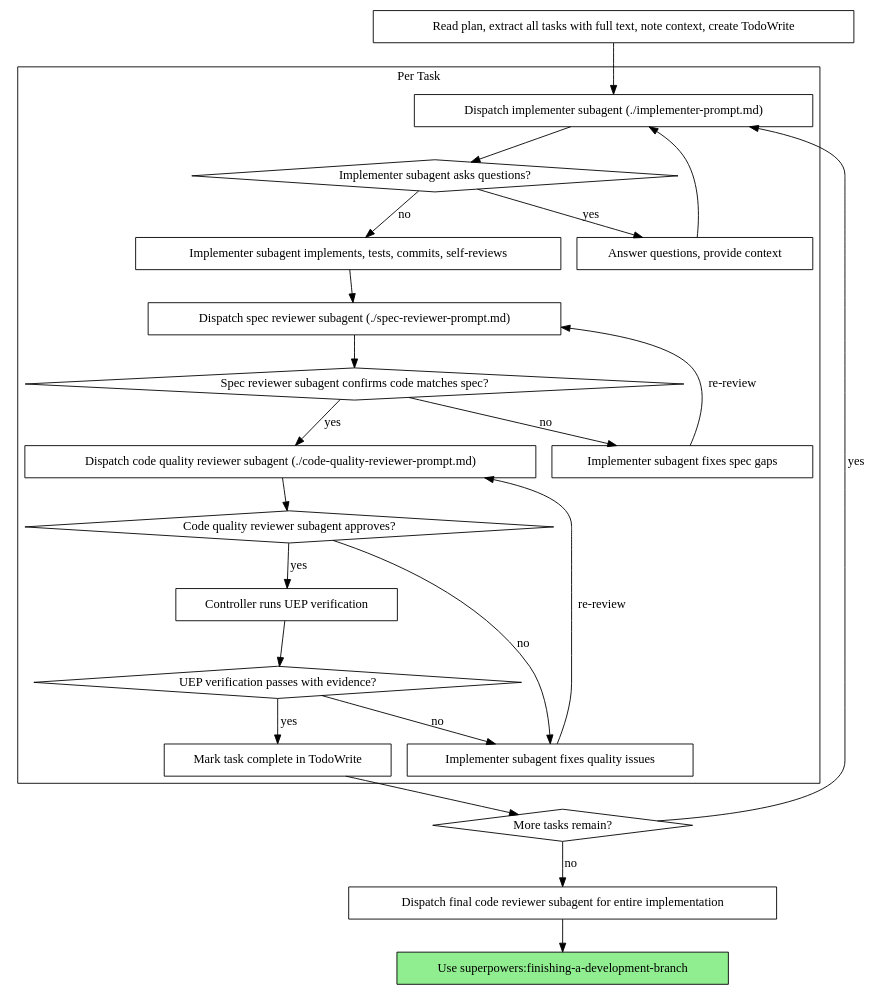
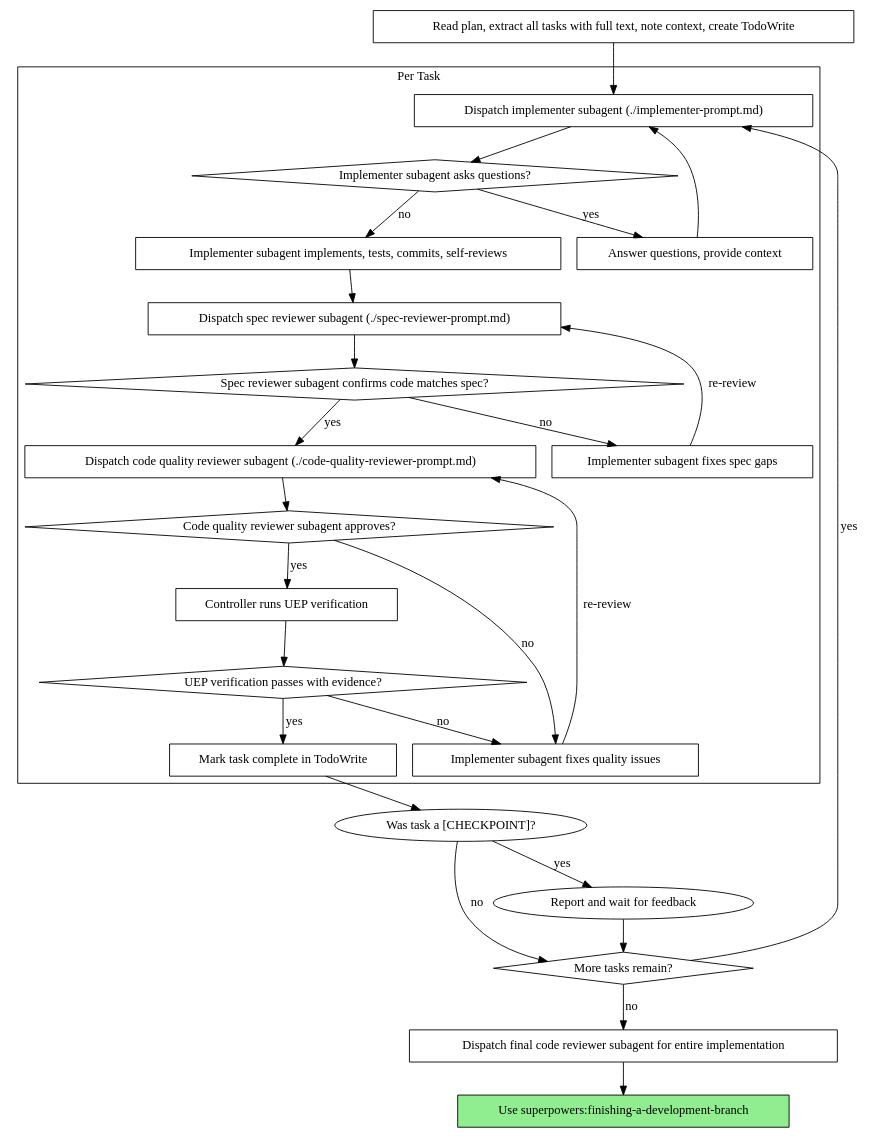
One commit to Ilios-LLC/blooperpowers changed the second of 2 diagrams in skills/subagent-driven-development/SKILL.md. Above: the diagram before and after it, drawn with Graphviz. The commit also changed other lines of this file and 3 other files, not shown here.

````diff
--- a/skills/subagent-driven-development/SKILL.md
+++ b/skills/subagent-driven-development/SKILL.md
@@ -40,49 +40,52 @@
 ```dot
 digraph process {
     rankdir=TB;
 
     subgraph cluster_per_task {
         label="Per Task";
         "Dispatch implementer subagent (./implementer-prompt.md)" [shape=box];
         "Implementer subagent asks questions?" [shape=diamond];
         "Answer questions, provide context" [shape=box];
         "Implementer subagent implements, tests, commits, self-reviews" [shape=box];
         "Dispatch spec reviewer subagent (./spec-reviewer-prompt.md)" [shape=box];
         "Spec reviewer subagent confirms code matches spec?" [shape=diamond];
         "Implementer subagent fixes spec gaps" [shape=box];
         "Dispatch code quality reviewer subagent (./code-quality-reviewer-prompt.md)" [shape=box];
         "Code quality reviewer subagent approves?" [shape=diamond];
         "Implementer subagent fixes quality issues" [shape=box];
         "Controller runs UEP verification" [shape=box];
         "UEP verification passes with evidence?" [shape=diamond];
         "Mark task complete in TodoWrite" [shape=box];
     }
 
     "Read plan, extract all tasks with full text, note context, create TodoWrite" [shape=box];
     "More tasks remain?" [shape=diamond];
     "Dispatch final code reviewer subagent for entire implementation" [shape=box];
     "Use superpowers:finishing-a-development-branch" [shape=box style=filled fillcolor=lightgreen];
 
     "Read plan, extract all tasks with full text, note context, create TodoWrite" -> "Dispatch implementer subagent (./implementer-prompt.md)";
     "Dispatch implementer subagent (./implementer-prompt.md)" -> "Implementer subagent asks questions?";
     "Implementer subagent asks questions?" -> "Answer questions, provide context" [label="yes"];
     "Answer questions, provide context" -> "Dispatch implementer subagent (./implementer-prompt.md)";
     "Implementer subagent asks questions?" -> "Implementer subagent implements, tests, commits, self-reviews" [label="no"];
     "Implementer subagent implements, tests, commits, self-reviews" -> "Dispatch spec reviewer subagent (./spec-reviewer-prompt.md)";
     "Dispatch spec reviewer subagent (./spec-reviewer-prompt.md)" -> "Spec reviewer subagent confirms code matches spec?";
     "Spec reviewer subagent confirms code matches spec?" -> "Implementer subagent fixes spec gaps" [label="no"];
     "Implementer subagent fixes spec gaps" -> "Dispatch spec reviewer subagent (./spec-reviewer-prompt.md)" [label="re-review"];
     "Spec reviewer subagent confirms code matches spec?" -> "Dispatch code quality reviewer subagent (./code-quality-reviewer-prompt.md)" [label="yes"];
     "Dispatch code quality reviewer subagent (./code-quality-reviewer-prompt.md)" -> "Code quality reviewer subagent approves?";
     "Code quality reviewer subagent approves?" -> "Implementer subagent fixes quality issues" [label="no"];
     "Implementer subagent fixes quality issues" -> "Dispatch code quality reviewer subagent (./code-quality-reviewer-prompt.md)" [label="re-review"];
     "Code quality reviewer subagent approves?" -> "Controller runs UEP verification" [label="yes"];
     "Controller runs UEP verification" -> "UEP verification passes with evidence?";
     "UEP verification passes with evidence?" -> "Mark task complete in TodoWrite" [label="yes"];
     "UEP verification passes with evidence?" -> "Implementer subagent fixes quality issues" [label="no"];
-    "Mark task complete in TodoWrite" -> "More tasks remain?";
+    "Mark task complete in TodoWrite" -> "Was task a [CHECKPOINT]?";
+    "Was task a [CHECKPOINT]?" -> "Report and wait for feedback" [label="yes"];
+    "Was task a [CHECKPOINT]?" -> "More tasks remain?" [label="no"];
+    "Report and wait for feedback" -> "More tasks remain?";
     "More tasks remain?" -> "Dispatch implementer subagent (./implementer-prompt.md)" [label="yes"];
     "More tasks remain?" -> "Dispatch final code reviewer subagent for entire implementation" [label="no"];
     "Dispatch final code reviewer subagent for entire implementation" -> "Use superpowers:finishing-a-development-branch";
 }
 ```
````
